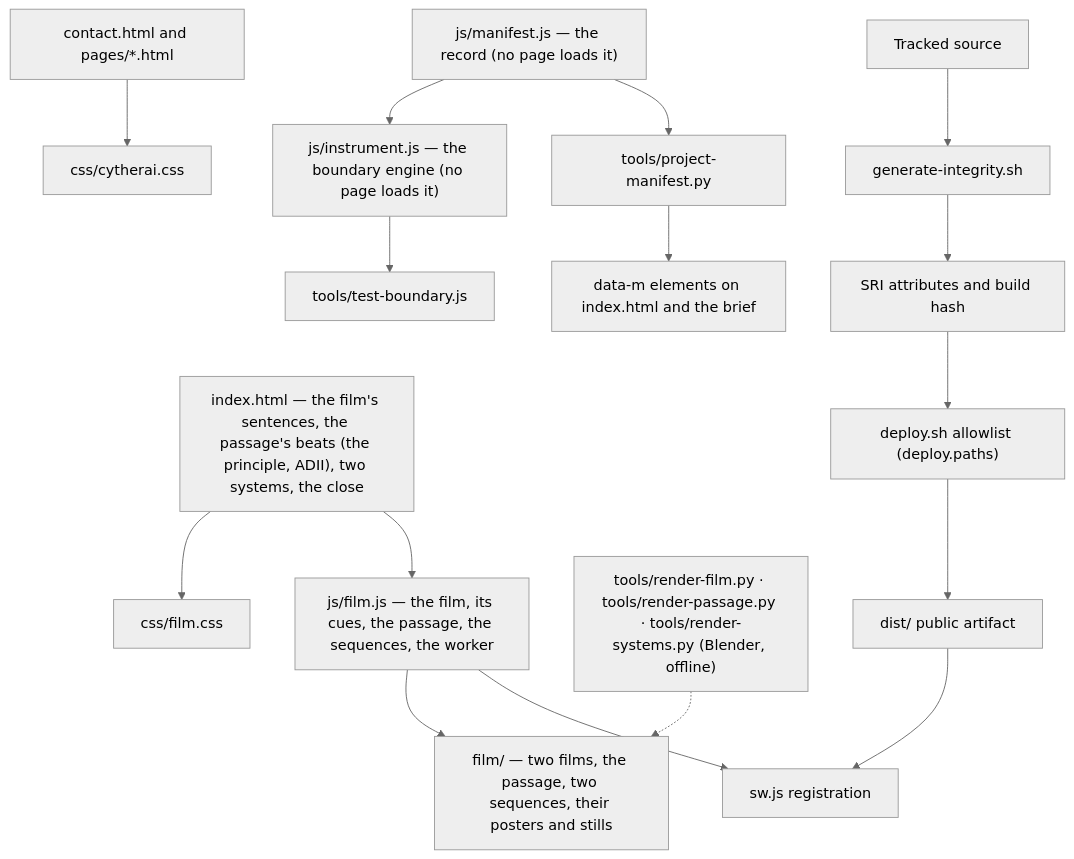
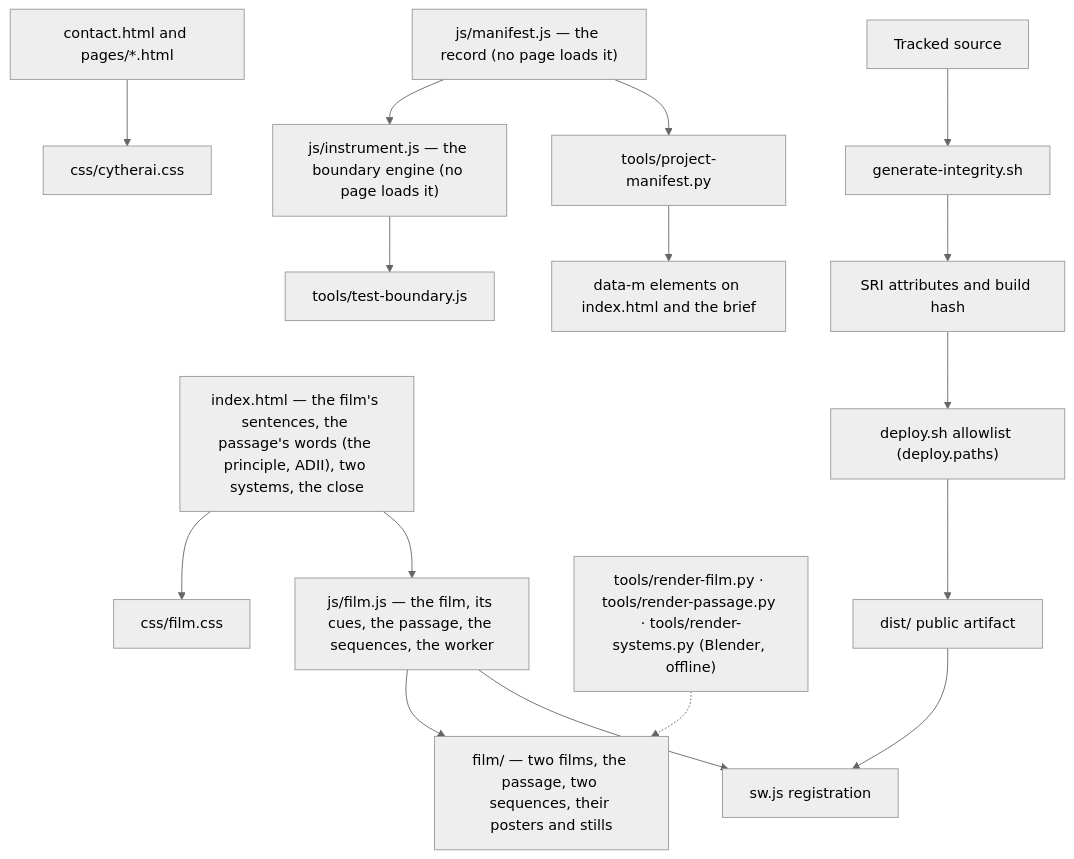
Before and after one commit to AethersDev/CytherAI: the diagram in docs/architecture.md, drawn with Mermaid (neutral theme). The commit also changed other lines of this file and 21 other files, not shown here.

Commit message:
release: the passage at an even pace, its words faded by the scroll (build EB79D2894F4F8A29)

````diff
--- a/docs/architecture.md
+++ b/docs/architecture.md
@@ -23,21 +23,21 @@
 ```mermaid
 flowchart TD
-  I["index.html — the film's sentences, the passage's beats (the principle, ADII), two systems, the close"] --> CSS2["css/film.css"]
+  I["index.html — the film's sentences, the passage's words (the principle, ADII), two systems, the close"] --> CSS2["css/film.css"]
   I --> F["js/film.js — the film, its cues, the passage, the sequences, the worker"]
   F --> MED["film/ — two films, the passage, two sequences, their posters and stills"]
   F --> SW["sw.js registration"]
   RF["tools/render-film.py · tools/render-passage.py · tools/render-systems.py (Blender, offline)"] -.-> MED
 
   P["contact.html and pages/*.html"] --> CSS["css/cytherai.css"]
 
   M["js/manifest.js — the record (no page loads it)"] --> B["js/instrument.js — the boundary engine (no page loads it)"]
   B --> TB["tools/test-boundary.js"]
 
   SRC["Tracked source"] --> SRI["generate-integrity.sh"]
   SRI --> ID["SRI attributes and build hash"]
   ID --> DEP["deploy.sh allowlist (deploy.paths)"]
   DEP --> DIST["dist/ public artifact"]
   DIST --> SW
 
   M --> PM["tools/project-manifest.py"] --> DM["data-m elements on index.html and the brief"]
 ```
````
